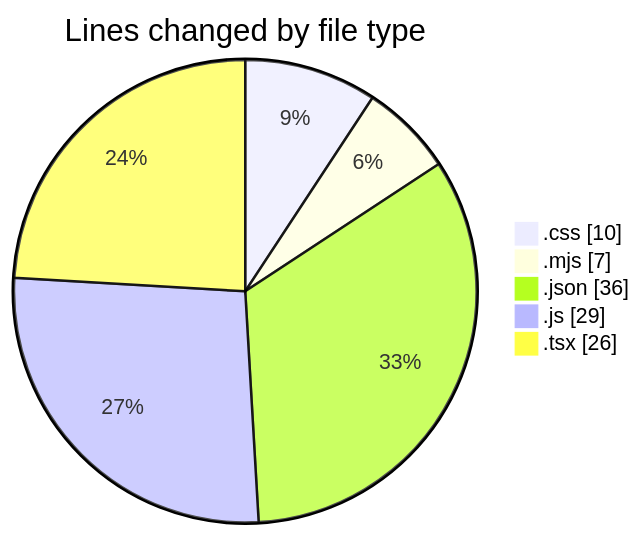
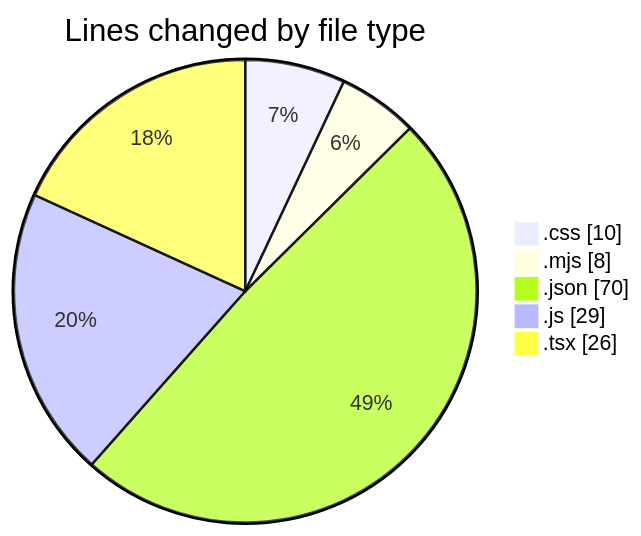
The first of 2 diagrams in 2025-06-23/scopecraft/README.md (Ritupan-Deka/code-tracking), drawn with Mermaid before and after one commit. The commit also changed other lines of this file and 1 other file, not shown here.

````diff
--- a/2025-06-23/scopecraft/README.md
+++ b/2025-06-23/scopecraft/README.md
@@ -24,9 +25,9 @@
 ```mermaid
 pie showData
 title Lines changed by file type
 ".css" : 10
-".mjs" : 7
-".json" : 36
+".mjs" : 8
+".json" : 70
 ".js" : 29
 ".tsx" : 26
 ```
````
